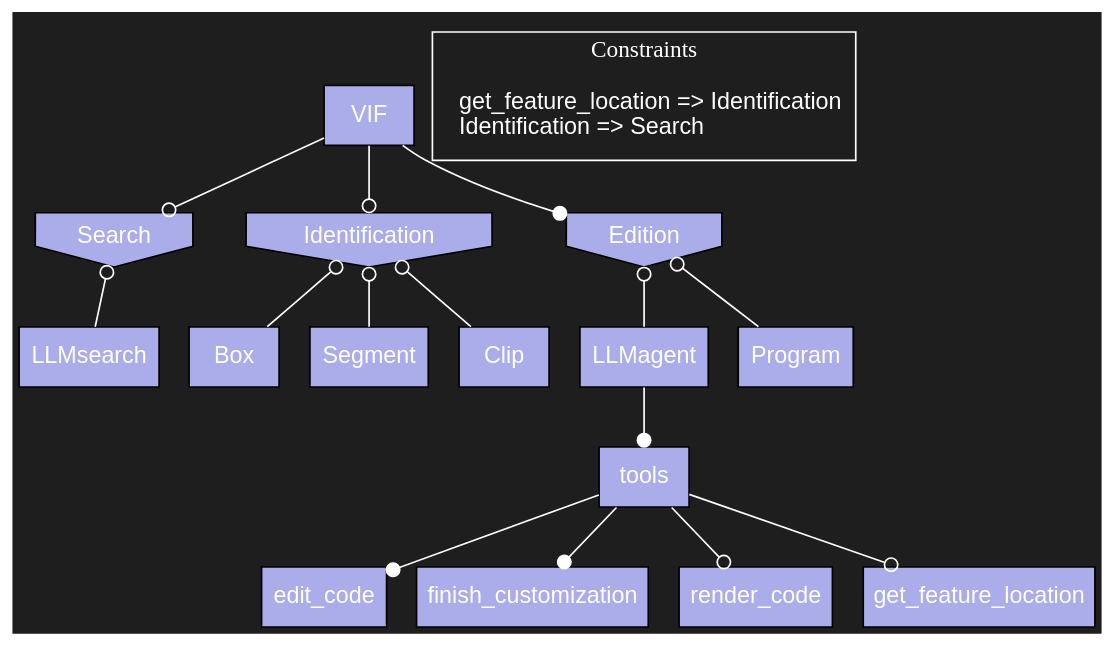
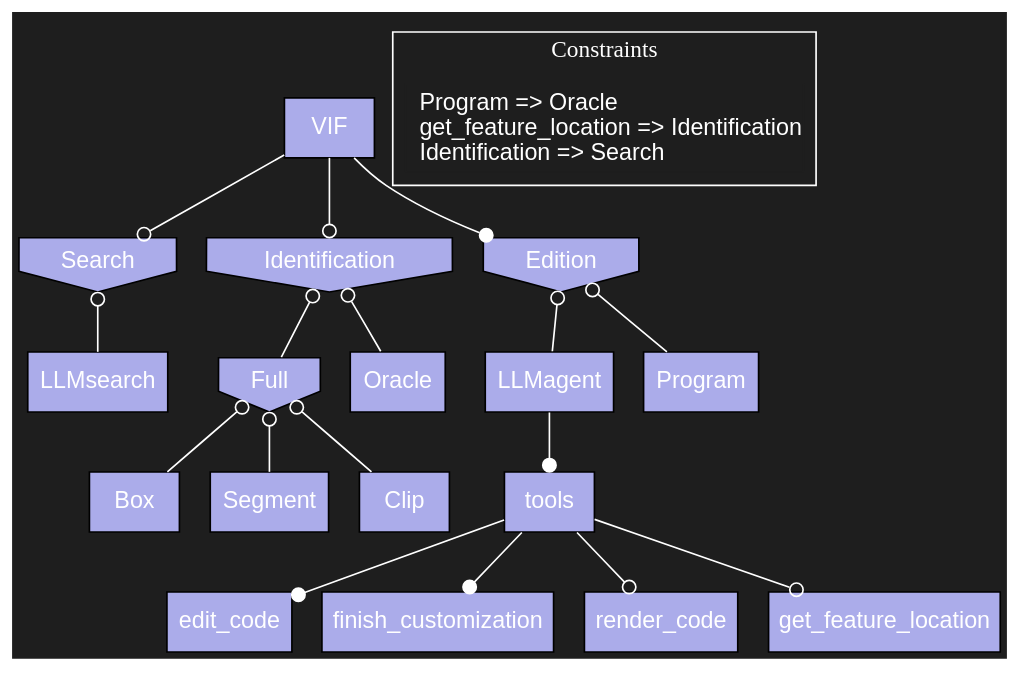
The diagram in DOC/feat_mod_vif.dot (IV2C/VIFagent), drawn with Graphviz before and after one commit. The commit also changed 6 other files, not shown here.

Commit message:
[CHECKPOINT] major refactoring for program/oracle-based  edition incoming

```diff
--- a/DOC/feat_mod_vif.dot
+++ b/DOC/feat_mod_vif.dot
@@ -1,46 +1,51 @@
 digraph FeatureModel {
 rankdir="TB"
 newrank=true
 bgcolor="#1e1e1e"
 edge [color=white]
 node [style=filled fontcolor="white" fontname="Arial Unicode MS, Arial"];
 
 LLMsearch [fillcolor="#ABACEA" tooltip="Cardinality: None" shape="box"]
 Search -> LLMsearch [arrowhead="none", arrowtail="odot", dir="both"]
 Search [fillcolor="#ABACEA" tooltip="Cardinality: None" shape="invhouse"]
 VIF -> Search [arrowhead="odot", arrowtail="none", dir="both"]
 Box [fillcolor="#ABACEA" tooltip="Cardinality: None" shape="box"]
-Identification -> Box [arrowhead="none", arrowtail="odot", dir="both"]
+Full -> Box [arrowhead="none", arrowtail="odot", dir="both"]
 Segment [fillcolor="#ABACEA" tooltip="Cardinality: None" shape="box"]
-Identification -> Segment [arrowhead="none", arrowtail="odot", dir="both"]
+Full -> Segment [arrowhead="none", arrowtail="odot", dir="both"]
 Clip [fillcolor="#ABACEA" tooltip="Cardinality: None" shape="box"]
-Identification -> Clip [arrowhead="none", arrowtail="odot", dir="both"]
+Full -> Clip [arrowhead="none", arrowtail="odot", dir="both"]
+Full [fillcolor="#ABACEA" tooltip="Cardinality: None" shape="invhouse"]
+Identification -> Full [arrowhead="none", arrowtail="odot", dir="both"]
+Oracle [fillcolor="#ABACEA" tooltip="Cardinality: None" shape="box"]
+Identification -> Oracle [arrowhead="none", arrowtail="odot", dir="both"]
 Identification [fillcolor="#ABACEA" tooltip="Cardinality: None" shape="invhouse"]
 VIF -> Identification [arrowhead="odot", arrowtail="none", dir="both"]
 edit_code [fillcolor="#ABACEA" tooltip="Cardinality: None" shape="box"]
 tools -> edit_code [arrowhead="dot", arrowtail="none", dir="both"]
 finish_customization [fillcolor="#ABACEA" tooltip="Cardinality: None" shape="box"]
 tools -> finish_customization [arrowhead="dot", arrowtail="none", dir="both"]
 render_code [fillcolor="#ABACEA" tooltip="Cardinality: None" shape="box"]
 tools -> render_code [arrowhead="odot", arrowtail="none", dir="both"]
 get_feature_location [fillcolor="#ABACEA" tooltip="Cardinality: None" shape="box"]
 tools -> get_feature_location [arrowhead="odot", arrowtail="none", dir="both"]
 tools [fillcolor="#ABACEA" tooltip="Cardinality: None" shape="box"]
 LLMagent -> tools [arrowhead="dot", arrowtail="none", dir="both"]
 LLMagent [fillcolor="#ABACEA" tooltip="Cardinality: None" shape="box"]
 Edition -> LLMagent [arrowhead="none", arrowtail="odot", dir="both"]
 Program [fillcolor="#ABACEA" tooltip="Cardinality: None" shape="box"]
 Edition -> Program [arrowhead="none", arrowtail="odot", dir="both"]
 Edition [fillcolor="#ABACEA" tooltip="Cardinality: None" shape="invhouse"]
 VIF -> Edition [arrowhead="dot", arrowtail="none", dir="both"]
 VIF [fillcolor="#ABACEA" tooltip="Cardinality: None" shape="box"]
 
 
 subgraph cluster_constraints{
     label="Constraints" color="white" fontcolor="white"
     constraints [shape="box" color="#1e1e1e" label=<<table border="0" cellpadding="0" cellspacing="0" cellborder="0">
-        <tr><td align="left">get_feature_location =&gt; Identification</td></tr>
+        <tr><td align="left">Program =&gt; Oracle</td></tr>
+    <tr><td align="left">get_feature_location =&gt; Identification</td></tr>
     <tr><td align="left">Identification =&gt; Search</td></tr>
 </table>>]
 }
 }
```
